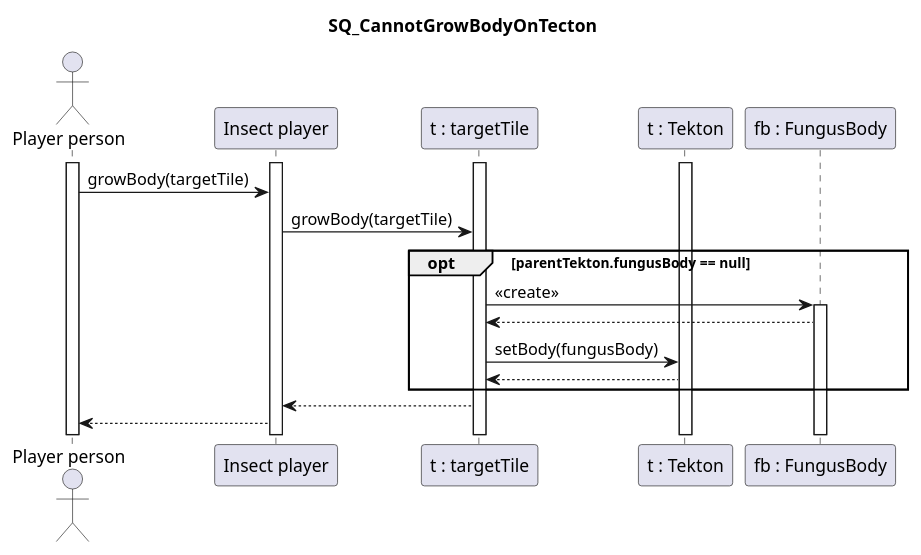
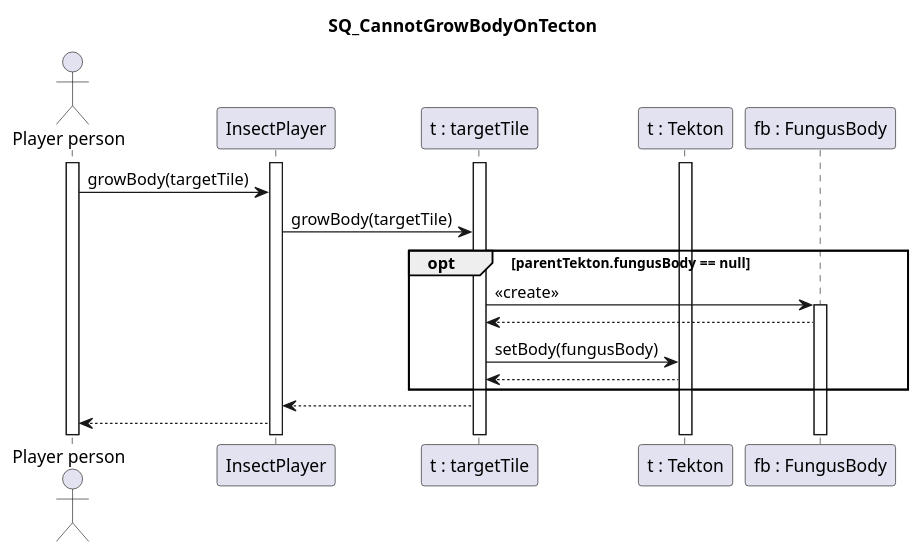
Before and after one commit to Harcipan/Projlab_nullpointerexception: the diagram in diagrams/diagramFiles/SQ_CannotGrowBodyOnTecton.puml, drawn with PlantUML.

```diff
--- a/diagrams/diagramFiles/SQ_CannotGrowBodyOnTecton.puml
+++ b/diagrams/diagramFiles/SQ_CannotGrowBodyOnTecton.puml
@@ -1,28 +1,28 @@
 @startuml SQ_CannotGrowBodyOnTecton
 title SQ_CannotGrowBodyOnTecton
 
 actor "Player person" as Pp
-participant "Insect player" as Ip
+participant "InsectPlayer" as Ip
 participant "t : targetTile" as Tt
 participant "t : Tekton" as T
 participant "fb : FungusBody" as Fb
 
 activate Pp
 activate Ip
 activate T
 activate Tt
 
 Pp -> Ip : growBody(targetTile)
 Ip -> Tt : growBody(targetTile)
 opt parentTekton.fungusBody == null
     Tt -> Fb : <<create>>
     activate Fb
     Fb --> Tt
     Tt -> T : setBody(fungusBody)
     T --> Tt
 end
 Tt --> Ip
 Ip --> Pp
 
 
 @enduml
```
